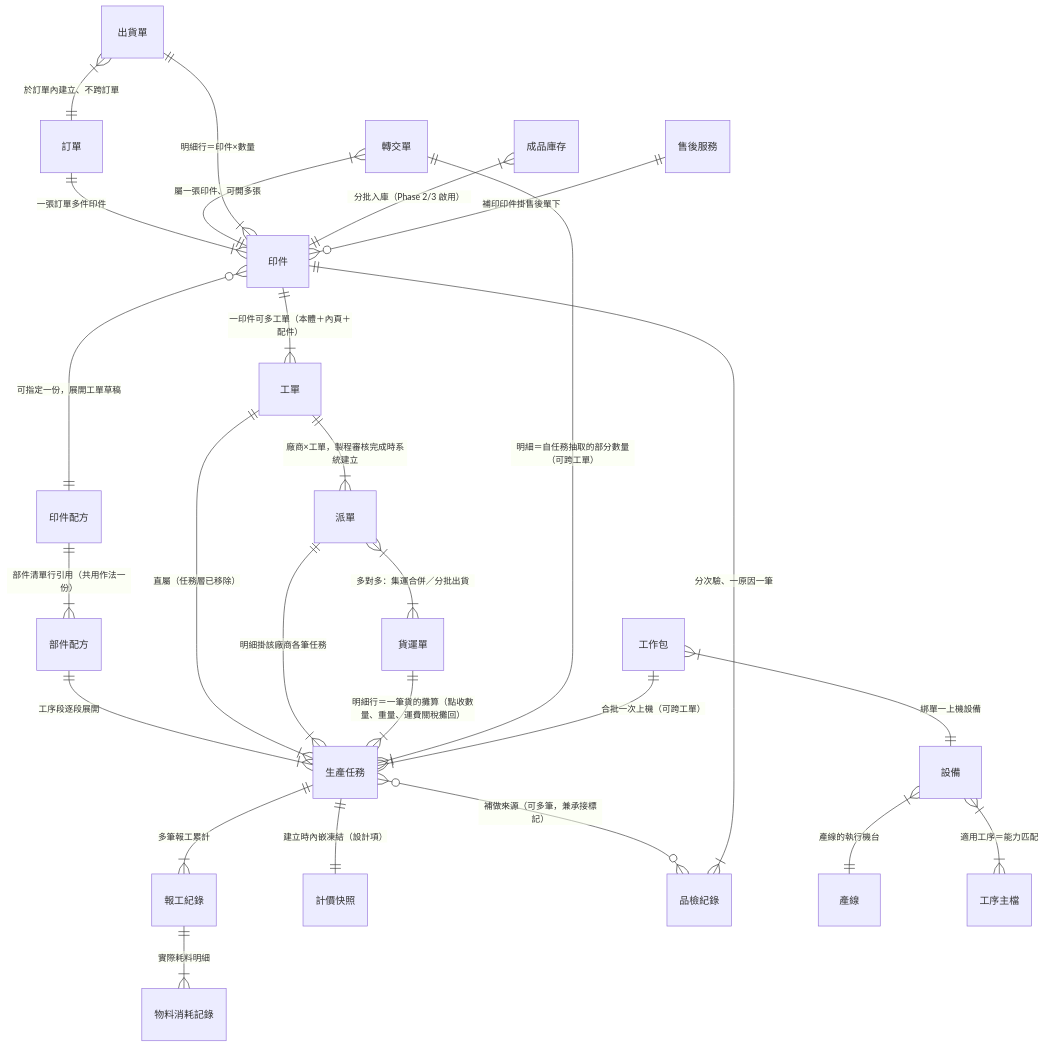
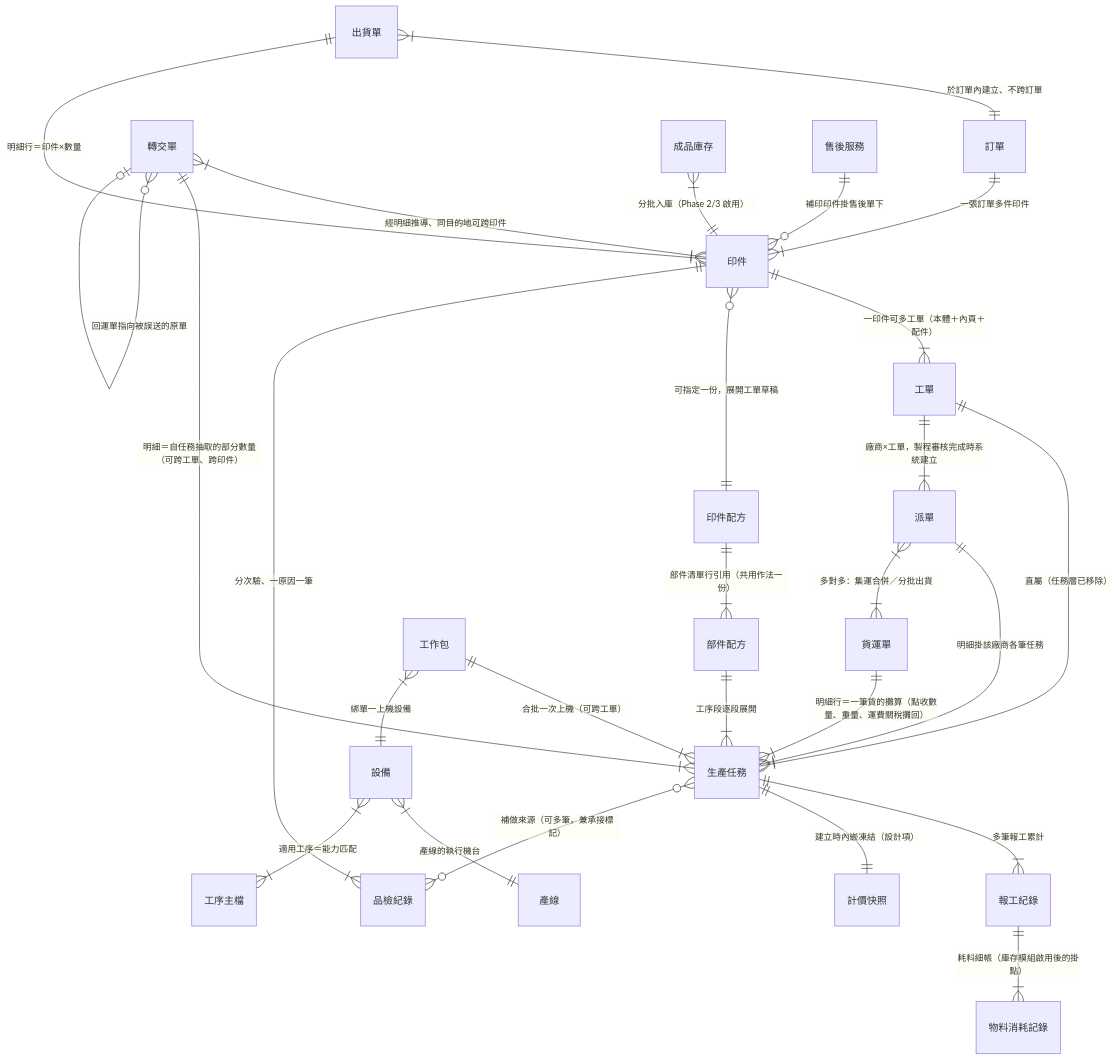
One commit to Kawato-Miles/erp-spec changed the first of 4 diagrams in memory/Sens_wiki/wiki/erp/05-entities/生產領域資料結構總覽.md. Above: the diagram before and after it, drawn with Mermaid. The commit also changed other lines of this file and 38 other files, not shown here.

````diff
--- a/memory/Sens_wiki/wiki/erp/05-entities/生產領域資料結構總覽.md
+++ b/memory/Sens_wiki/wiki/erp/05-entities/生產領域資料結構總覽.md
@@ -23,28 +23,29 @@
 ```mermaid
 erDiagram
     "訂單" ||--|{ "印件" : "一張訂單多件印件"
     "印件" ||--|{ "工單" : "一印件可多工單（本體＋內頁＋配件）"
     "印件" }o--|| "印件配方" : "可指定一份，展開工單草稿"
     "印件配方" ||--|{ "部件配方" : "部件清單行引用（共用作法一份）"
     "部件配方" ||--|{ "生產任務" : "工序段逐段展開"
     "工單" ||--|{ "生產任務" : "直屬（任務層已移除）"
     "生產任務" ||--|{ "報工紀錄" : "多筆報工累計"
-    "報工紀錄" ||--|{ "物料消耗記錄" : "實際耗料明細"
+    "報工紀錄" ||--|{ "物料消耗記錄" : "耗料細帳（庫存模組啟用後的掛點）"
     "生產任務" ||--|| "計價快照" : "建立時內嵌凍結（設計項）"
     "工單" ||--|{ "派單" : "廠商×工單，製程審核完成時系統建立"
     "派單" ||--|{ "生產任務" : "明細掛該廠商各筆任務"
     "派單" }|--|{ "貨運單" : "多對多：集運合併／分批出貨"
     "貨運單" ||--|{ "生產任務" : "明細行＝一筆貨的攤算（點收數量、重量、運費關稅攤回）"
-    "轉交單" }|--|| "印件" : "屬一張印件、可開多張"
-    "轉交單" ||--|{ "生產任務" : "明細＝自任務抽取的部分數量（可跨工單）"
+    "轉交單" }|--|{ "印件" : "經明細推導、同目的地可跨印件"
+    "轉交單" ||--|{ "生產任務" : "明細＝自任務抽取的部分數量（可跨工單、跨印件）"
+    "轉交單" }o--o| "轉交單" : "回運單指向被誤送的原單"
     "品檢紀錄" }|--|| "印件" : "分次驗、一原因一筆"
     "生產任務" }o--o{ "品檢紀錄" : "補做來源（可多筆，兼承接標記）"
     "工作包" ||--|{ "生產任務" : "合批一次上機（可跨工單）"
     "工作包" }|--|| "設備" : "綁單一上機設備"
     "設備" }|--|| "產線" : "產線的執行機台"
     "設備" }|--|{ "工序主檔" : "適用工序＝能力匹配"
     "出貨單" }|--|| "訂單" : "於訂單內建立、不跨訂單"
     "出貨單" ||--|{ "印件" : "明細行＝印件×數量"
     "成品庫存" }|--|| "印件" : "分批入庫（Phase 2/3 啟用）"
     "售後服務" ||--o{ "印件" : "補印印件掛售後單下"
 ```
````
